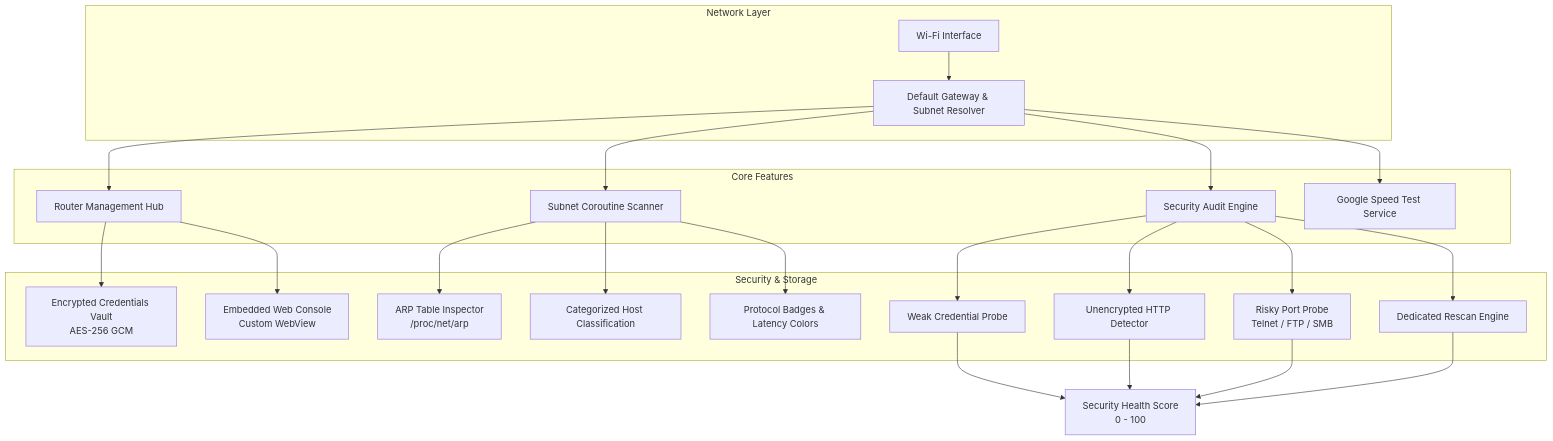
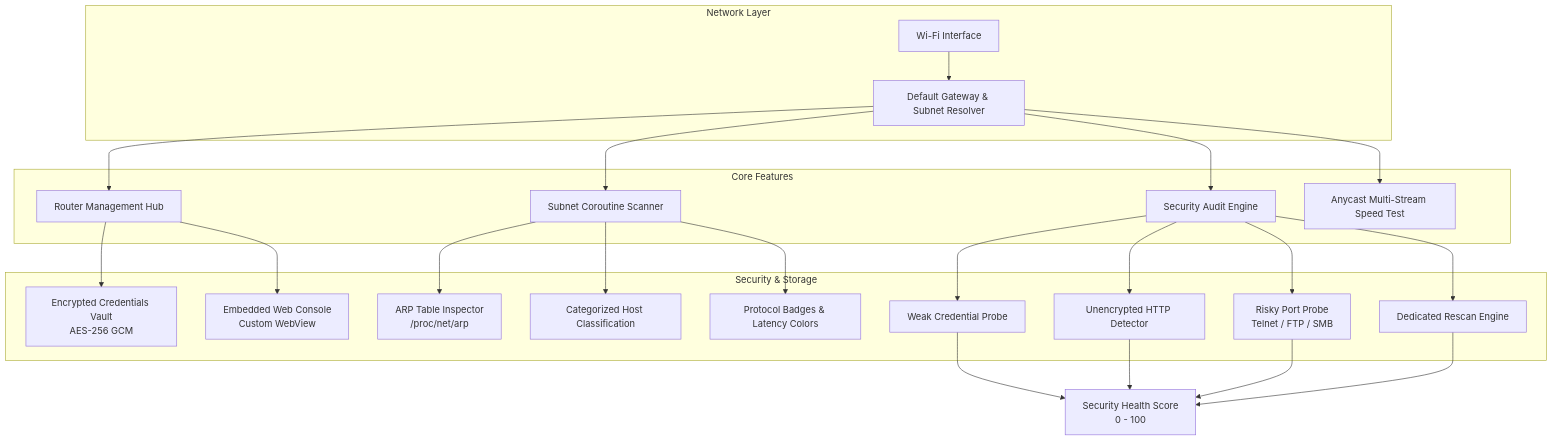
The diagram in README.md (sakhanamit/RouterHubAndroid), drawn with Mermaid before and after one commit. The commit also changed other lines of this file and 11 other files, not shown here.

Commit message:
Release v1.2.0: Accurate multi-stream speed test engine and professional UI overhaul

````diff
--- a/README.md
+++ b/README.md
@@ -50,29 +60,29 @@
 ```mermaid
 flowchart TD
     subgraph Network Layer
         A[Wi-Fi Interface] --> B[Default Gateway & Subnet Resolver]
     end
 
     subgraph Core Features
         B --> C1[Router Management Hub]
         B --> C2[Subnet Coroutine Scanner]
         B --> C3[Security Audit Engine]
-        B --> C4[Google Speed Test Service]
+        B --> C4[Anycast Multi-Stream Speed Test]
     end
 
     subgraph Security & Storage
         C1 --> D1[Encrypted Credentials Vault\nAES-256 GCM]
         C1 --> D2[Embedded Web Console\nCustom WebView]
 
         C2 --> E1[ARP Table Inspector\n/proc/net/arp]
         C2 --> E2[Categorized Host Classification]
         C2 --> E3[Protocol Badges & Latency Colors]
 
         C3 --> F1[Weak Credential Probe]
         C3 --> F2[Unencrypted HTTP Detector]
         C3 --> F3[Risky Port Probe\nTelnet / FTP / SMB]
         C3 --> F4[Dedicated Rescan Engine]
     end
 
     F1 & F2 & F3 & F4 --> G[Security Health Score\n0 - 100]
 ```
````
